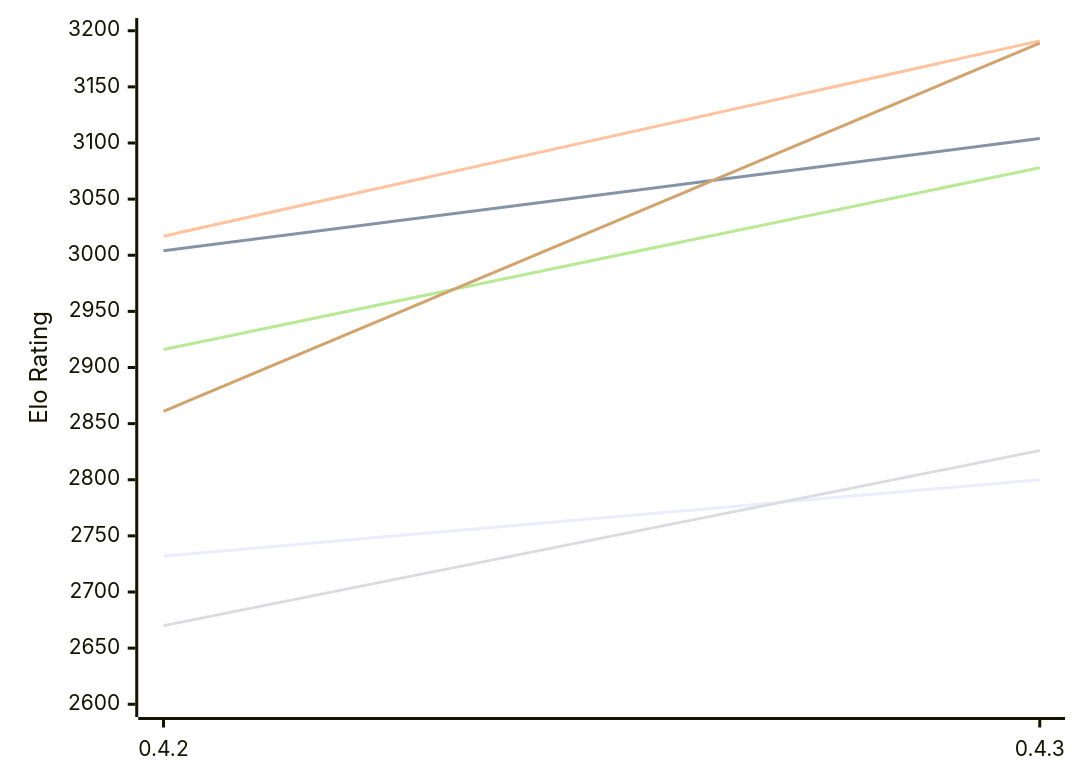
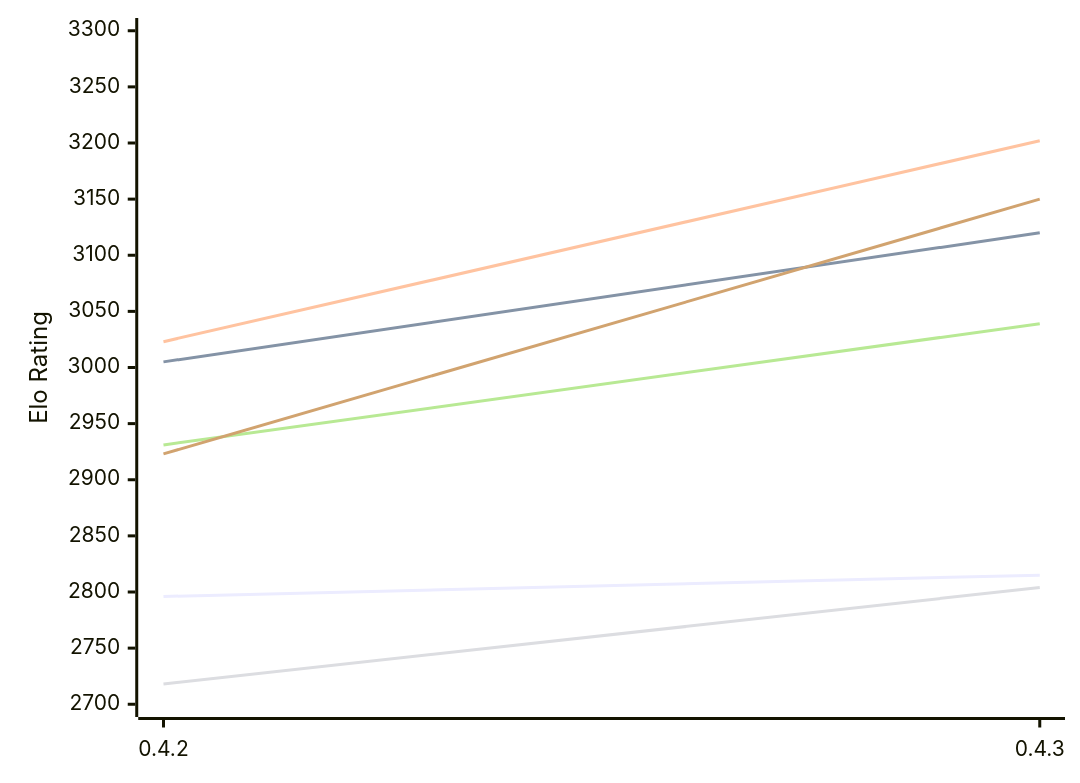
Before and after one commit to computer-chess-index/cci: the first of 2 diagrams in engines/Dual.md, drawn with Mermaid. The commit also changed other lines of this file, not shown here.

Commit message:
Update CCI Ratings (ELO VLTC) - 2026-11-14

````diff
--- a/engines/Dual.md
+++ b/engines/Dual.md
@@ -56,12 +56,12 @@
 ```mermaid
 %%{init: {"theme":"base","themeVariables":{"seriesColors:['#a3a3a3','#222221','#faa371']}}}%%
 xychart-beta
   x-axis ["0.4.2", "0.4.3"]
-  y-axis "Elo Rating" 2600 --> 3200
-  line "E1: STC (8.0+0.08s)" [2732, 2800]
-  line "E1: LTC (60.0+0.60s)" [3004, 3104]
-  line "E1: VLTC (2m24s+1.12s)" [3017, 3191]
-  line "P1: STC (8.0+0.08s)" [2670, 2826]
-  line "P1: LTC (60.0+0.60s)" [2916, 3078]
-  line "P1: VLTC (2m24s+1.12s)" [2861, 3189]
+  y-axis "Elo Rating" 2700 --> 3300
+  line "E1: STC (8.0+0.08s)" [2796, 2815]
+  line "E1: LTC (60.0+0.60s)" [3005, 3120]
+  line "E1: VLTC (2m24s+1.12s)" [3023, 3202]
+  line "P1: STC (8.0+0.08s)" [2718, 2804]
+  line "P1: LTC (60.0+0.60s)" [2931, 3039]
+  line "P1: VLTC (2m24s+1.12s)" [2923, 3150]
 ```
````
